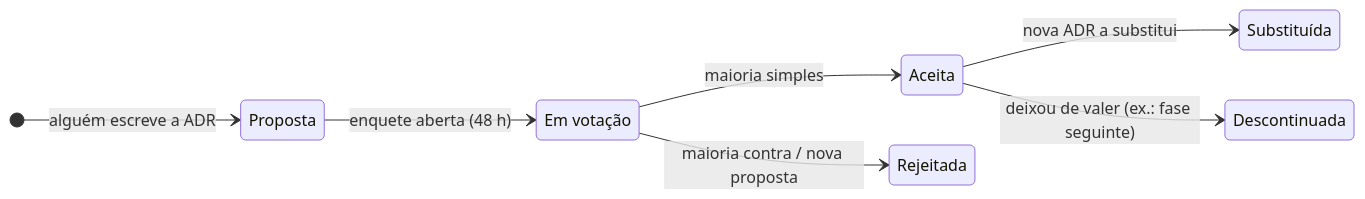
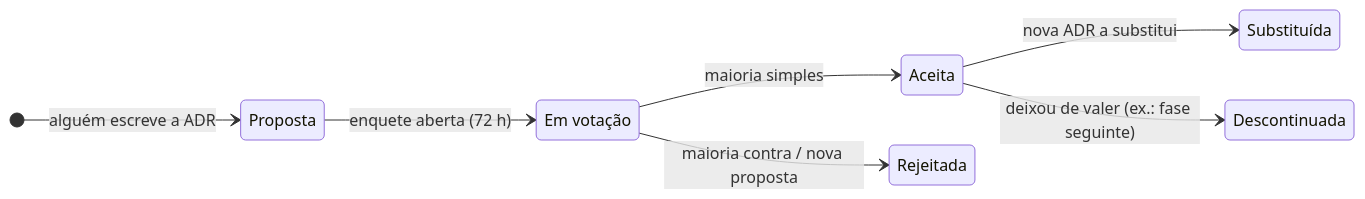
One commit to HermandoThiago/FIAP-SOAT changed the diagram in docs/02-adr/README.md. Above: the diagram before and after it, drawn with Mermaid. The commit also changed 18 other files, not shown here.

````diff
--- a/docs/02-adr/README.md
+++ b/docs/02-adr/README.md
@@ -8,12 +8,12 @@
 ```mermaid
 stateDiagram-v2
     direction LR
     [*] --> Proposta: alguém escreve a ADR
-    Proposta --> EmVotacao: enquete aberta (48 h)
+    Proposta --> EmVotacao: enquete aberta (72 h)
     EmVotacao --> Aceita: maioria simples
     EmVotacao --> Rejeitada: maioria contra / nova proposta
     Aceita --> Substituida: nova ADR a substitui
     Aceita --> Descontinuada: deixou de valer (ex.: fase seguinte)
     state "Em votação" as EmVotacao
     state "Substituída" as Substituida
 ```
````
